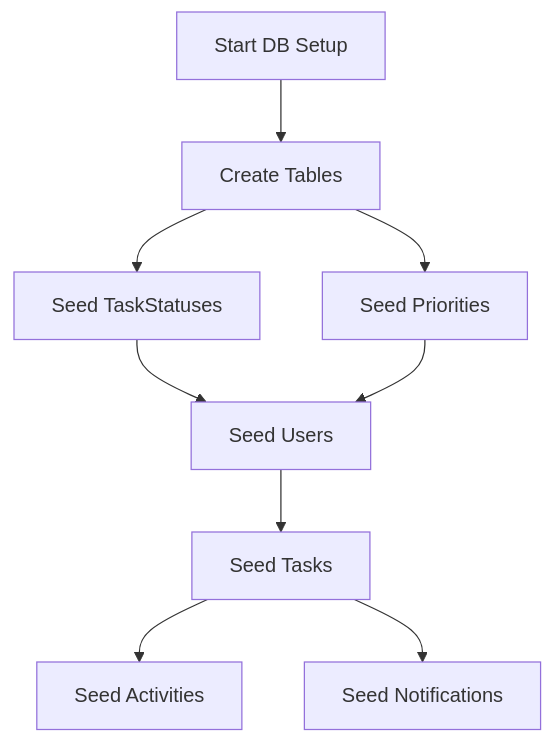
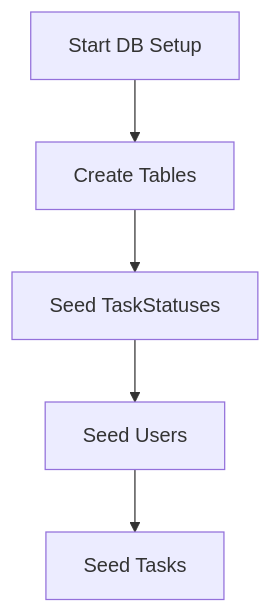
One commit to f3mi/DTS-developer-challenge changed the fourth of 4 diagrams in docs/data-models/tms-data-model-v1.md. Above: the diagram before and after it, drawn with Mermaid. The commit also changed other lines of this file and 8 other files, not shown here.

````diff
--- a/docs/data-models/tms-data-model-v1.md
+++ b/docs/data-models/tms-data-model-v1.md
@@ -164,11 +92,7 @@
 ```mermaid
 flowchart TD
     A[Start DB Setup] --> B[Create Tables]
     B --> C[Seed TaskStatuses]
-    B --> D[Seed Priorities]
     C --> E[Seed Users]
-    D --> E
     E --> F[Seed Tasks]
-    F --> G[Seed Activities]
-    F --> H[Seed Notifications]
 ```
````
